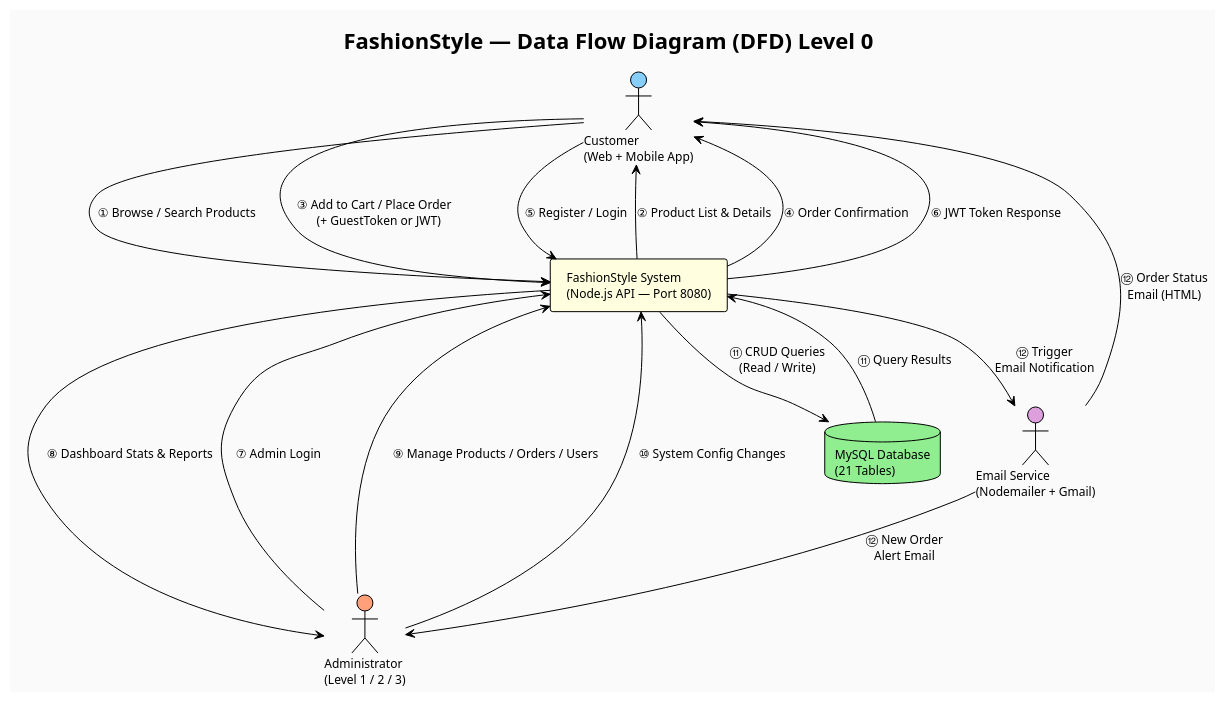
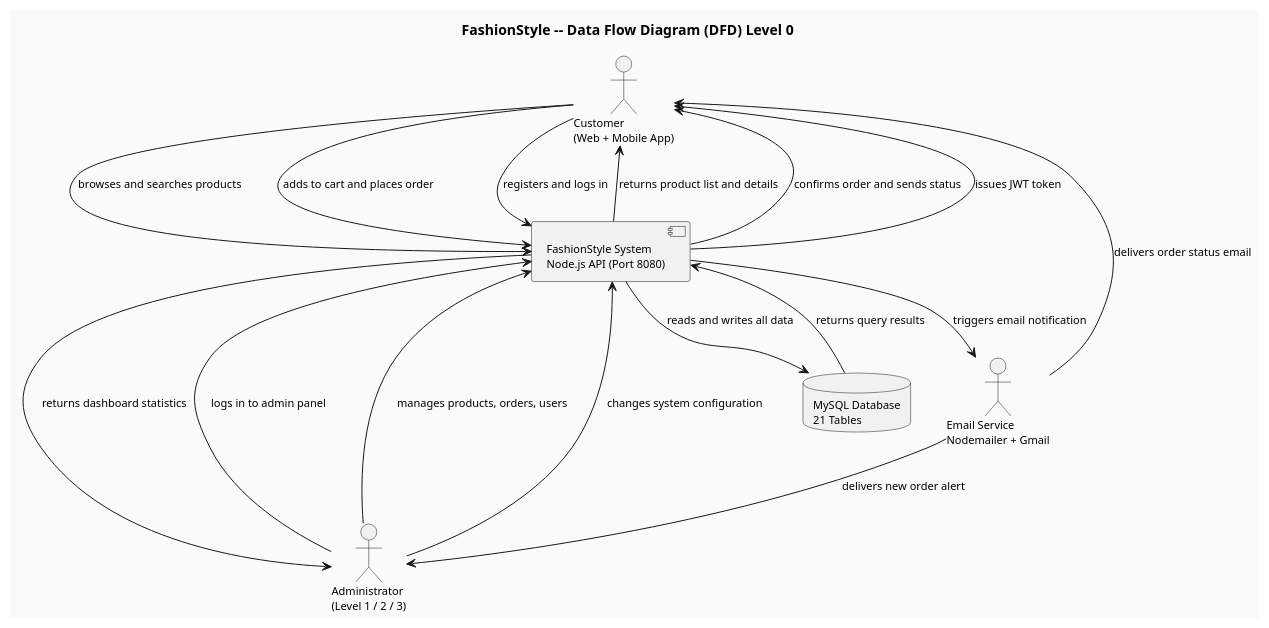
Before and after one commit to TungVuk4/Final-Project: the fifth of 9 diagrams in PlantUML_Diagrams.md, drawn with PlantUML. The commit also changed other lines of this file and 2 other files, not shown here.

````diff
--- a/PlantUML_Diagrams.md
+++ b/PlantUML_Diagrams.md
@@ -194,35 +197,38 @@
 ```plantuml
-@startuml FashionStyle_DFD_Level0
-!theme plain
+@startuml
+top to bottom direction
 skinparam backgroundColor #FAFAFA
 skinparam defaultFontName Arial
-skinparam defaultFontSize 12
+skinparam defaultFontSize 11
 
-title FashionStyle — Data Flow Diagram (DFD) Level 0
+title FashionStyle -- Data Flow Diagram (DFD) Level 0
 
-actor "Customer\n(Web + Mobile App)" as CUST #LightSkyBlue
-actor "Administrator\n(Level 1 / 2 / 3)" as ADMIN #LightSalmon
-rectangle "  FashionStyle System  \n  (Node.js API — Port 8080)  " as SYS #LightYellow
-database "MySQL Database\n(21 Tables)" as DB #LightGreen
-actor "Email Service\n(Nodemailer + Gmail)" as EMAIL #Plum
+actor "Customer\n(Web + Mobile App)" as CUST
+actor "Administrator\n(Level 1 / 2 / 3)" as ADMIN
 
-CUST --> SYS : ① Browse / Search Products
-SYS --> CUST : ② Product List & Details
-CUST --> SYS : ③ Add to Cart / Place Order\n   (+ GuestToken or JWT)
-SYS --> CUST : ④ Order Confirmation
-CUST --> SYS : ⑤ Register / Login
-SYS --> CUST : ⑥ JWT Token Response
+component "FashionStyle System\nNode.js API (Port 8080)" as SYS
 
-ADMIN --> SYS : ⑦ Admin Login
-SYS --> ADMIN : ⑧ Dashboard Stats & Reports
-ADMIN --> SYS : ⑨ Manage Products / Orders / Users
-ADMIN --> SYS : ⑩ System Config Changes
+database "MySQL Database\n21 Tables" as DB
+actor "Email Service\nNodemailer + Gmail" as EMAIL
 
-SYS --> DB : ⑪ CRUD Queries\n(Read / Write)
-DB --> SYS : ⑪ Query Results
+CUST --> SYS : browses and searches products
+SYS --> CUST : returns product list and details
+CUST --> SYS : adds to cart and places order
+SYS --> CUST : confirms order and sends status
+CUST --> SYS : registers and logs in
+SYS --> CUST : issues JWT token
 
-SYS --> EMAIL : ⑫ Trigger\nEmail Notification
-EMAIL --> CUST : ⑫ Order Status\nEmail (HTML)
-EMAIL --> ADMIN : ⑫ New Order\nAlert Email
+ADMIN --> SYS : logs in to admin panel
+SYS --> ADMIN : returns dashboard statistics
+ADMIN --> SYS : manages products, orders, users
+ADMIN --> SYS : changes system configuration
+
+SYS --> DB : reads and writes all data
+DB --> SYS : returns query results
+
+SYS --> EMAIL : triggers email notification
+EMAIL --> CUST : delivers order status email
+EMAIL --> ADMIN : delivers new order alert
+
 @enduml
 ```
````
